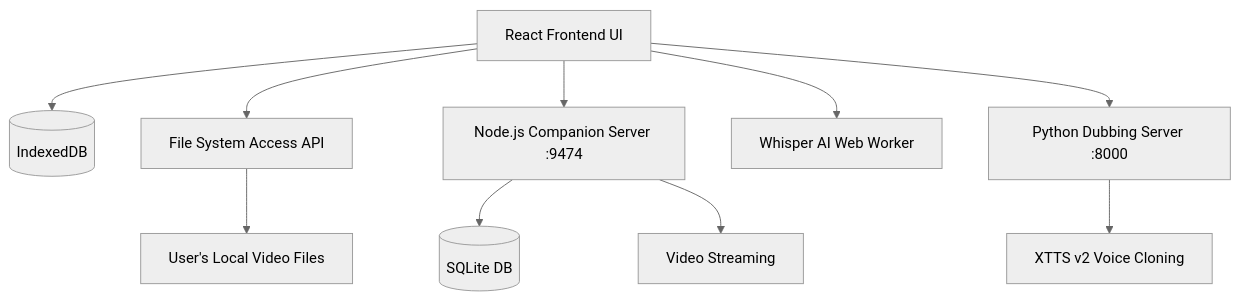
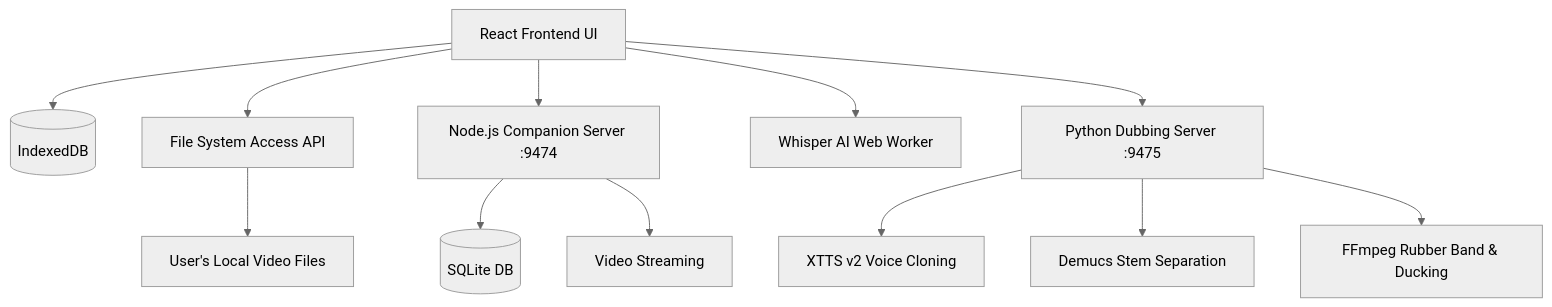
One commit to noureldenadel/TutIn changed the first of 3 diagrams in docs/DOCUMENTATION.md. Above: the diagram before and after it, drawn with Mermaid (neutral theme). The commit also changed other lines of this file and 15 other files, not shown here.

````diff
--- a/docs/DOCUMENTATION.md
+++ b/docs/DOCUMENTATION.md
@@ -89,12 +94,14 @@
 ```mermaid
 graph TD
     UI[React Frontend UI] --> IDB[(IndexedDB)]
     UI --> FSA[File System Access API]
     FSA --> LocalFiles[User's Local Video Files]
     UI --> CompanionServer[Node.js Companion Server :9474]
     CompanionServer --> SQLite[(SQLite DB)]
     CompanionServer --> Stream[Video Streaming]
     UI --> WebWorker[Whisper AI Web Worker]
-    UI --> PythonServer[Python Dubbing Server :8000]
-    PythonServer --> AI[XTTS v2 Voice Cloning]
+    UI --> PythonServer[Python Dubbing Server :9475]
+    PythonServer --> XTTS[XTTS v2 Voice Cloning]
+    PythonServer --> Demucs[Demucs Stem Separation]
+    PythonServer --> RubberBand[FFmpeg Rubber Band & Ducking]
 ```
````
